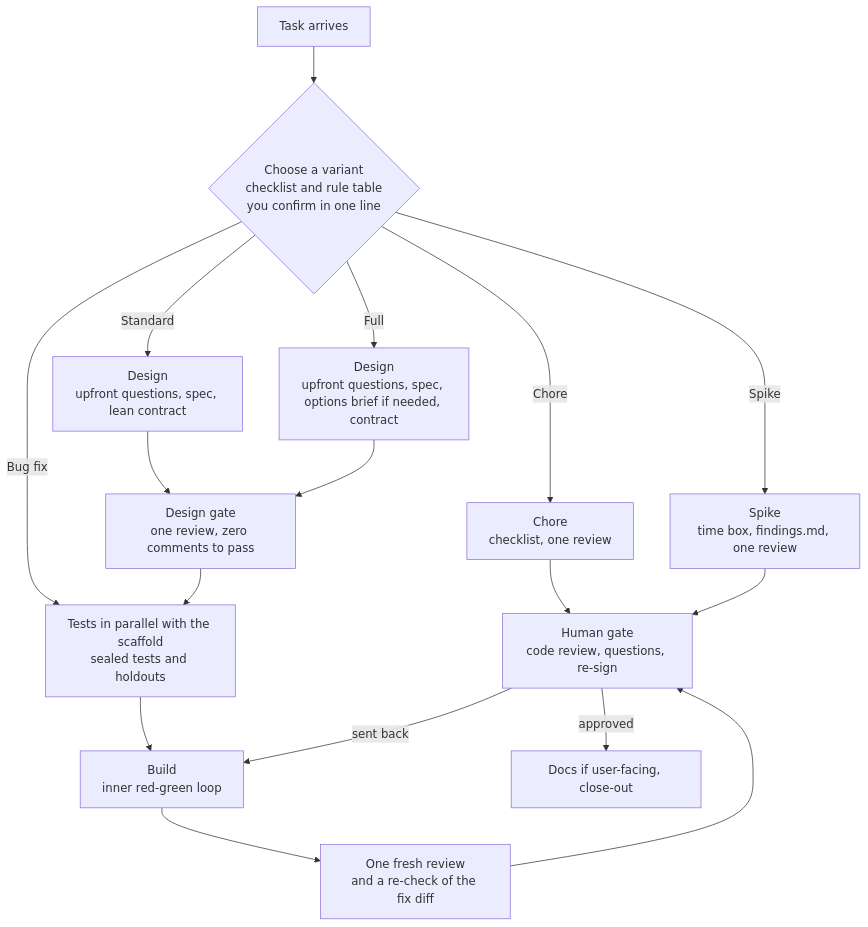
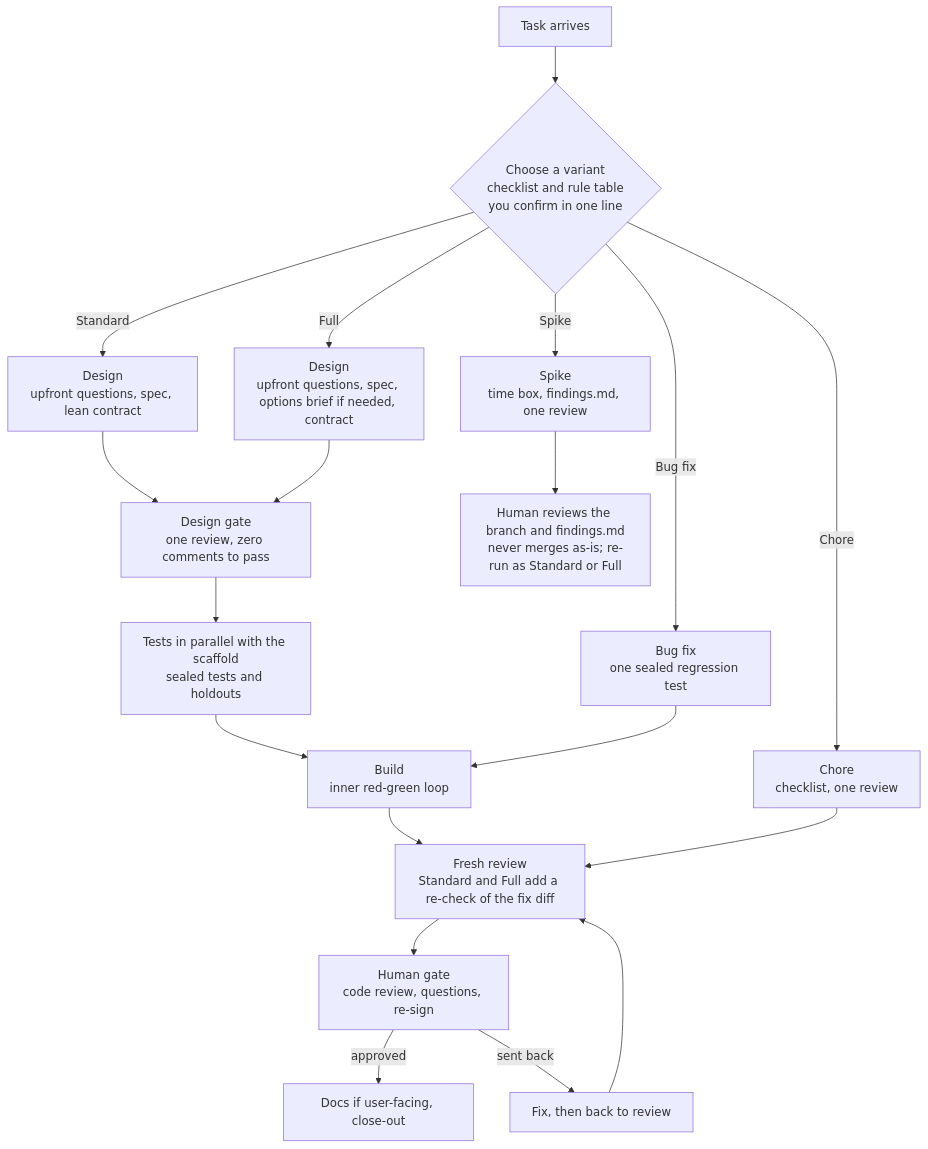
The first of 2 diagrams in docs/workflow.md (inf0rmer/agentic-workflow), drawn with Mermaid before and after one commit. The commit also changed other lines of this file and 22 other files, not shown here.

````diff
--- a/docs/workflow.md
+++ b/docs/workflow.md
@@ -5,19 +5,21 @@
 ```mermaid
 flowchart TD
     Start["Task arrives"] --> Route{"Choose a variant<br/>checklist and rule table<br/>you confirm in one line"}
     Route -->|"Chore"| Chore["Chore<br/>checklist, one review"]
-    Route -->|"Bug fix"| Tests
+    Route -->|"Bug fix"| BugTest["Bug fix<br/>one sealed regression test"]
     Route -->|"Spike"| Spike["Spike<br/>time box, findings.md, one review"]
     Route -->|"Standard"| StdDesign["Design<br/>upfront questions, spec, lean contract"]
     Route -->|"Full"| FullDesign["Design<br/>upfront questions, spec, options brief if needed, contract"]
     StdDesign --> Gate["Design gate<br/>one review, zero comments to pass"]
     FullDesign --> Gate
     Gate --> Tests["Tests in parallel with the scaffold<br/>sealed tests and holdouts"]
     Tests --> Build["Build<br/>inner red-green loop"]
-    Build --> Review["One fresh review<br/>and a re-check of the fix diff"]
+    BugTest --> Build
+    Build --> Review["Fresh review<br/>Standard and Full add a re-check of the fix diff"]
+    Chore --> Review
     Review --> Human["Human gate<br/>code review, questions, re-sign"]
-    Chore --> Human
-    Spike --> Human
+    Spike --> SpikeHuman["Human reviews the branch and findings.md<br/>never merges as-is; re-run as Standard or Full"]
     Human -->|"approved"| Close["Docs if user-facing, close-out"]
-    Human -->|"sent back"| Build
+    Human -->|"sent back"| Rework["Fix, then back to review"]
+    Rework --> Review
 ```
````
